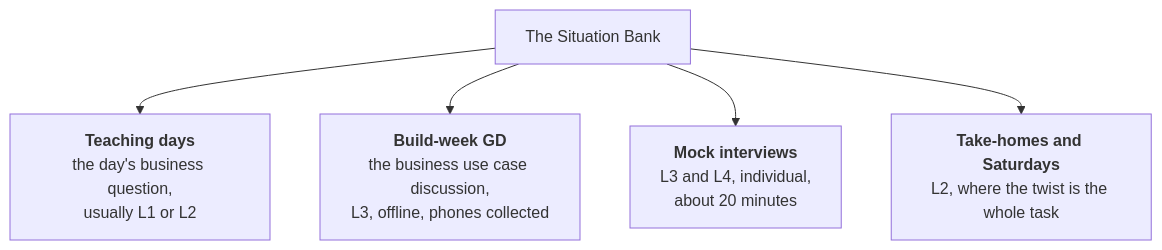
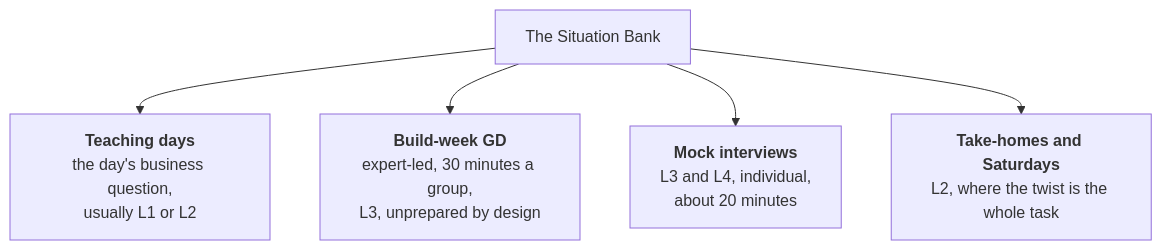
The second of 3 diagrams in wiki/The-Situation-Bank.md (fde-academy-lab/c2-content-factory), drawn with Mermaid before and after one commit. The commit also changed other lines of this file and 9 other files, not shown here.

````diff
--- a/wiki/The-Situation-Bank.md
+++ b/wiki/The-Situation-Bank.md
@@ -133,8 +133,8 @@
 ```mermaid
 flowchart TB
     SB["The Situation Bank"]
     SB --> A["<b>Teaching days</b><br/>the day's business question,<br/>usually L1 or L2"]
-    SB --> B["<b>Build-week GD</b><br/>the business use case discussion,<br/>L3, offline, phones collected"]
+    SB --> B["<b>Build-week GD</b><br/>expert-led, 30 minutes a group,<br/>L3, unprepared by design"]
     SB --> C["<b>Mock interviews</b><br/>L3 and L4, individual,<br/>about 20 minutes"]
     SB --> D["<b>Take-homes and Saturdays</b><br/>L2, where the twist is the whole task"]
 ```
````
